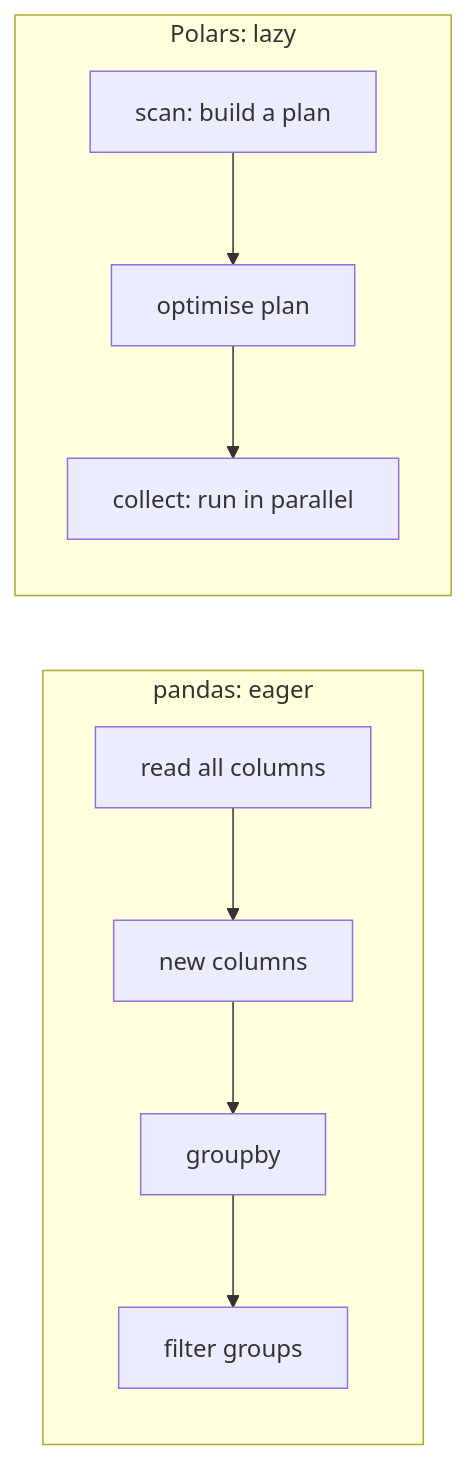
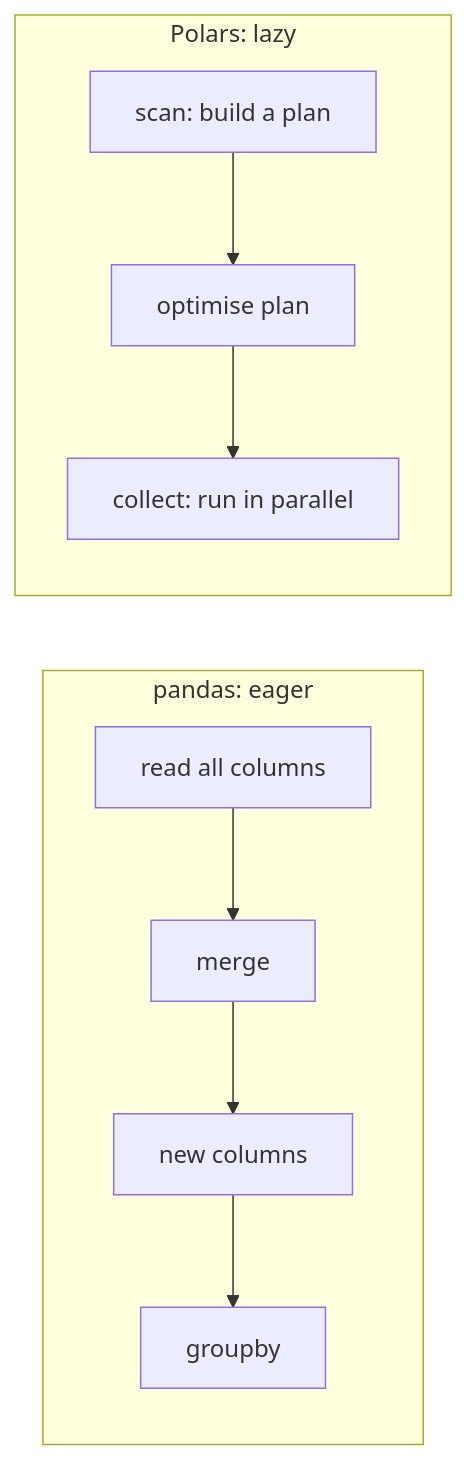
One commit to khoadaniel/statistical-programming-mpmd-htw-ws-2026 changed the first of 3 diagrams in sessions/03-sql-and-polars/theory/03-polars-and-choosing-a-tool.md. Above: the diagram before and after it, drawn with Mermaid. The commit also changed other lines of this file and 160 other files, not shown here.

````diff
--- a/sessions/03-sql-and-polars/theory/03-polars-and-choosing-a-tool.md
+++ b/sessions/03-sql-and-polars/theory/03-polars-and-choosing-a-tool.md
@@ -5,9 +5,9 @@
 ```mermaid
 flowchart LR
     subgraph Eager["pandas: eager"]
-        A1["read all columns"] --> A2["new columns"] --> A3["groupby"] --> A4["filter groups"]
+        A1["read all columns"] --> A2["merge"] --> A3["new columns"] --> A4["groupby"]
     end
     subgraph Lazy["Polars: lazy"]
         B1["scan: build a plan"] --> B2["optimise plan"] --> B3["collect: run in parallel"]
     end
 ```
````
